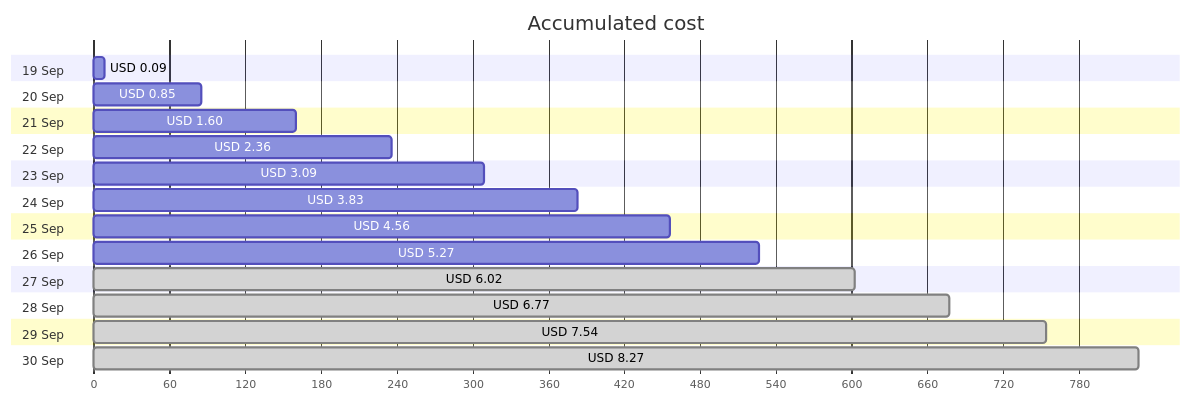
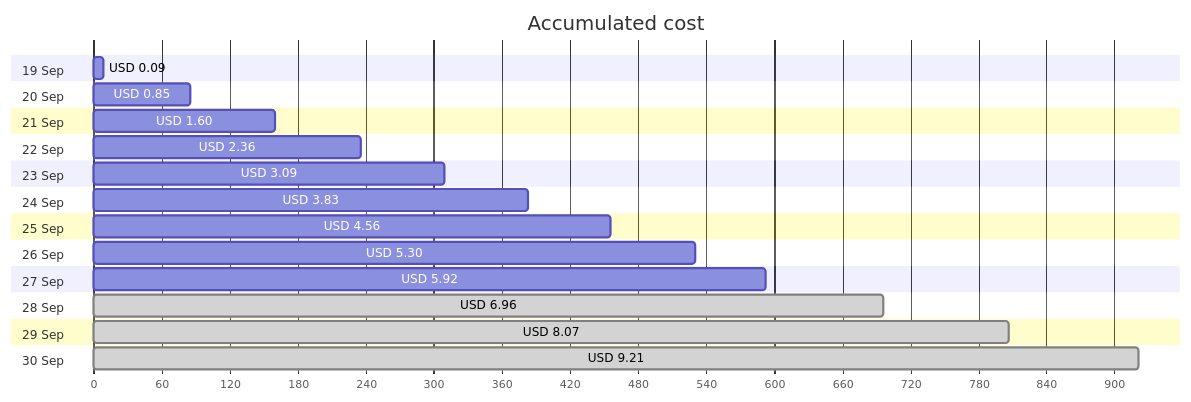
One commit to jpfulton/azure-personal-reports changed the first of 4 diagrams in cost-reports/personal-network/backup-server-data-disk.md. Above: the diagram before and after it, drawn with Mermaid. The commit also changed other lines of this file and 9 other files, not shown here.

````diff
--- a/cost-reports/personal-network/backup-server-data-disk.md
+++ b/cost-reports/personal-network/backup-server-data-disk.md
@@ -20,30 +20,30 @@
 ```mermaid
 gantt
    title Accumulated cost
    dateFormat  X
    axisFormat %s
    section 19 Sep
    USD 0.09 :0, 9
    section 20 Sep
    USD 0.85 :0, 85
    section 21 Sep
    USD 1.60 :0, 160
    section 22 Sep
    USD 2.36 :0, 236
    section 23 Sep
    USD 3.09 :0, 309
    section 24 Sep
    USD 3.83 :0, 383
    section 25 Sep
    USD 4.56 :0, 456
    section 26 Sep
-   USD 5.27 :0, 527
+   USD 5.30 :0, 530
    section 27 Sep
-   USD 6.02 : done, 0, 602
+   USD 5.92 :0, 592
    section 28 Sep
-   USD 6.77 : done, 0, 677
+   USD 6.96 : done, 0, 696
    section 29 Sep
-   USD 7.54 : done, 0, 754
+   USD 8.07 : done, 0, 807
    section 30 Sep
-   USD 8.27 : done, 0, 827
+   USD 9.21 : done, 0, 921
 ```
````
